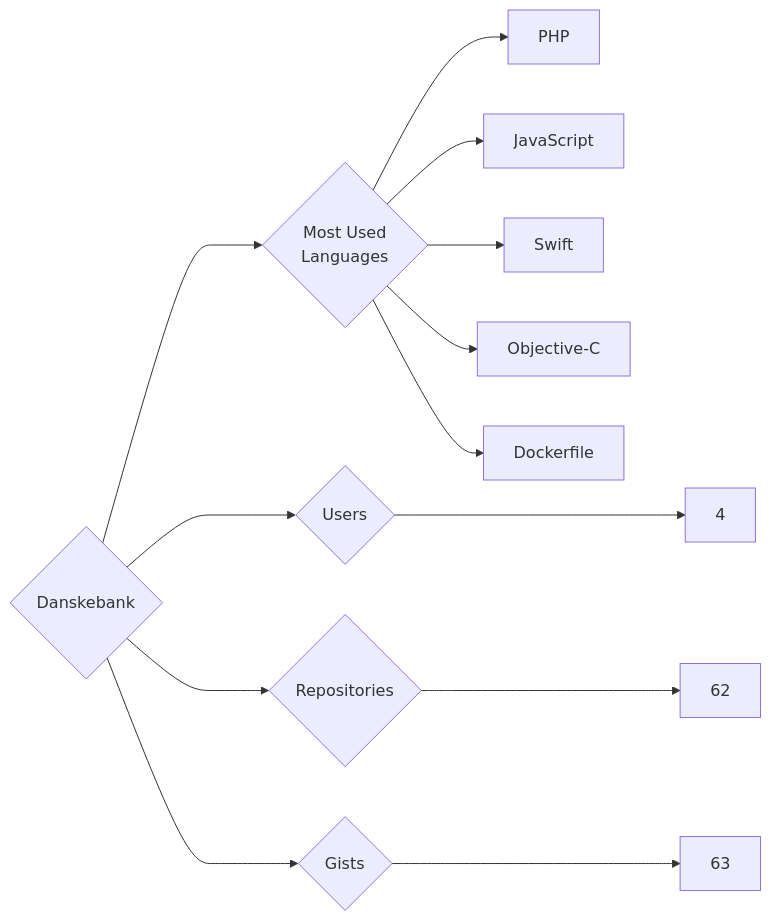
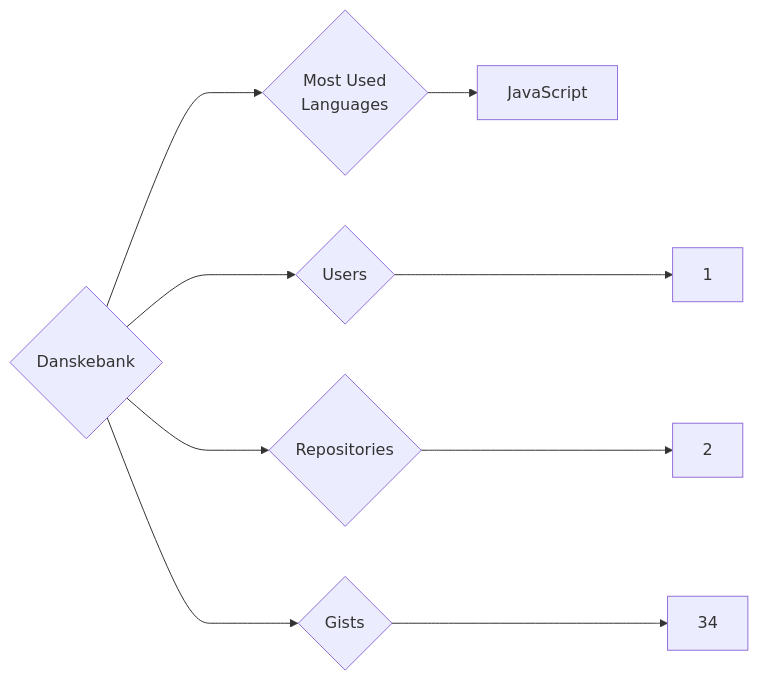
Before and after one commit to trickest/insiders: the diagram in targets/Danskebank/README.md, drawn with Mermaid. The commit also changed 934 other files, not shown here.

````diff
--- a/targets/Danskebank/README.md
+++ b/targets/Danskebank/README.md
@@ -3,13 +3,9 @@
 ```mermaid
 graph LR
 COMPANY_NAME{Danskebank}
-COMPANY_NAME ---> U{Users} ---> UN[4]
-COMPANY_NAME ---> R{Repositories} ---> RN[62]
-COMPANY_NAME ---> G{Gists} ---> GN[63]
+COMPANY_NAME ---> U{Users} ---> UN[1]
+COMPANY_NAME ---> R{Repositories} ---> RN[2]
+COMPANY_NAME ---> G{Gists} ---> GN[34]
 COMPANY_NAME ---> ML{Most Used<br>Languages}
-ML --> PHP[PHP]
 ML --> JavaScript[JavaScript]
-ML --> Swift[Swift]
-ML --> Objective-C[Objective-C]
-ML --> Dockerfile[Dockerfile]
 ```
````
